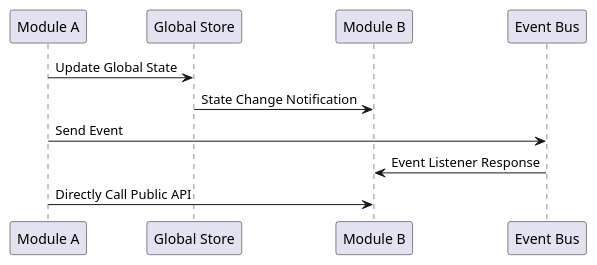
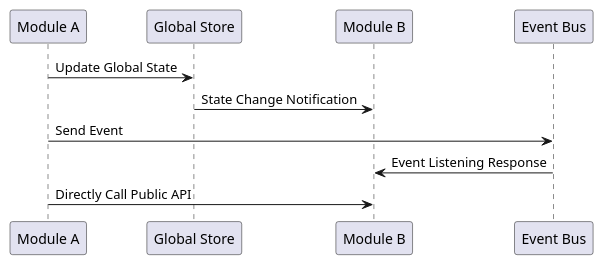
One commit to mineadmin/doc-v3 changed the third of 5 diagrams in docs/en/front/base/concept.md. Above: the diagram before and after it, drawn with PlantUML. The commit also changed other lines of this file and 225 other files, not shown here.

````diff
--- a/docs/en/front/base/concept.md
+++ b/docs/en/front/base/concept.md
@@ -134,16 +134,16 @@
 ```plantuml
 @startuml
 participant "Module A" as A
 participant "Global Store" as S
 participant "Module B" as B
 participant "Event Bus" as E
 
 A -> S: Update Global State
 S -> B: State Change Notification
 
 A -> E: Send Event
-E -> B: Event Listener Response
+E -> B: Event Listening Response
 
 A -> B: Directly Call Public API
 @enduml
 ```
````
